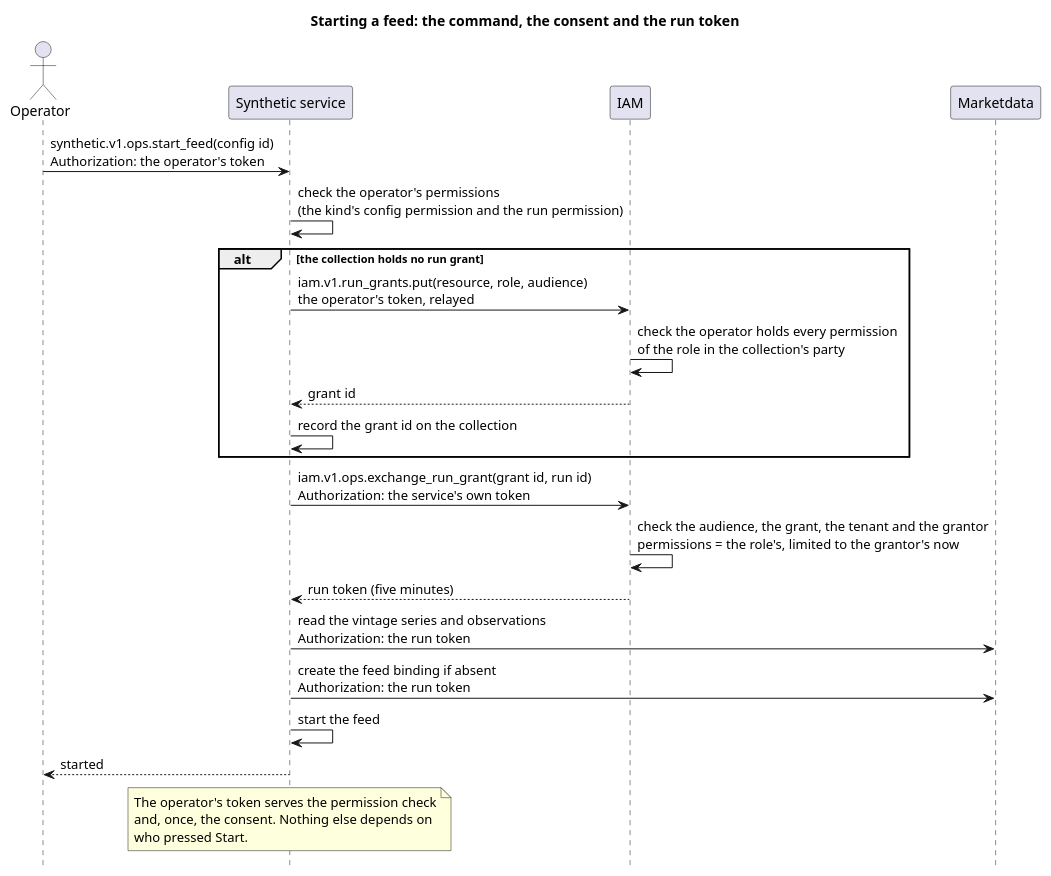
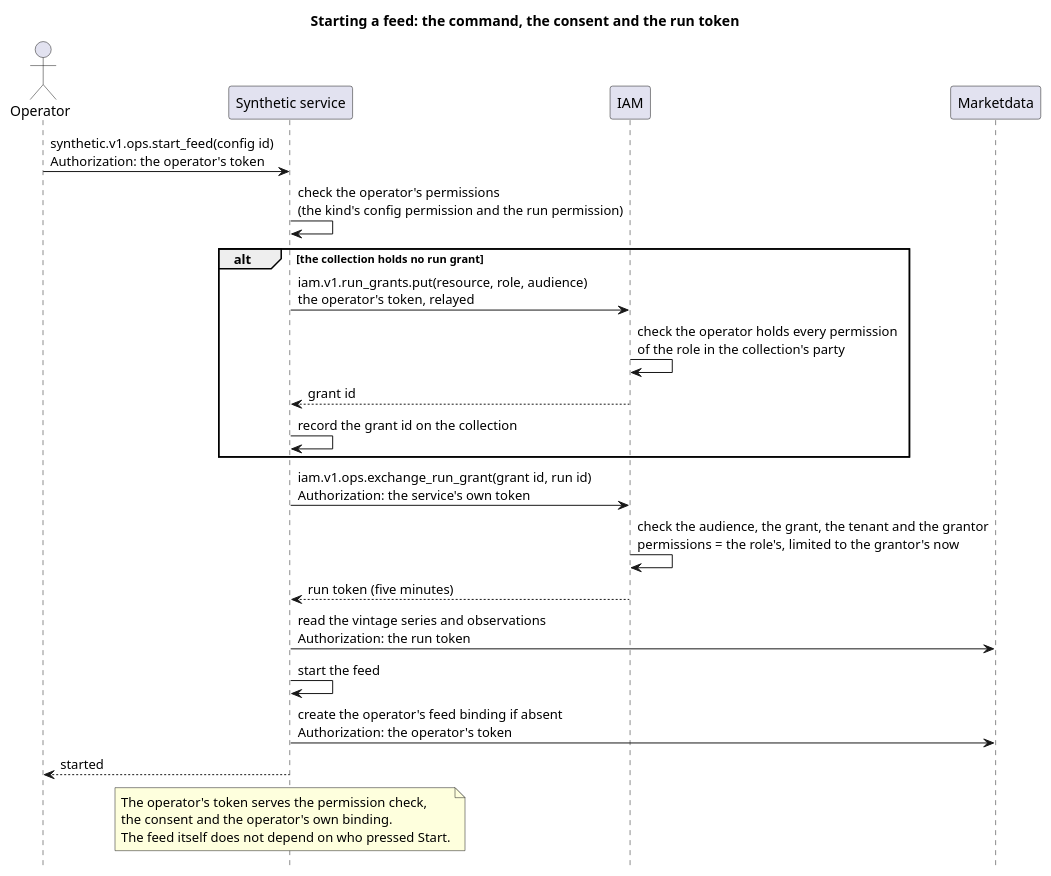
Before and after one commit to OreStudio/OreStudio: the diagram in doc/knowledge/architecture/feed_start_sequence.puml, drawn with PlantUML. The commit also changed 11 other files, not shown here.

First line of the commit message:
[doc] Keep the feed binding the caller's subscription

```diff
--- a/doc/knowledge/architecture/feed_start_sequence.puml
+++ b/doc/knowledge/architecture/feed_start_sequence.puml
@@ -18,39 +18,39 @@
 @startuml
 
 title Starting a feed: the command, the consent and the run token
 
 hide footbox
 skinparam sequenceMessageAlign left
 
 actor "Operator" as op
 participant "Synthetic service" as syn
 participant "IAM" as iam
 participant "Marketdata" as md
 
 op -> syn : synthetic.v1.ops.start_feed(config id)\nAuthorization: the operator's token
 syn -> syn : check the operator's permissions\n(the kind's config permission and the run permission)
 
 alt the collection holds no run grant
     syn -> iam : iam.v1.run_grants.put(resource, role, audience)\nthe operator's token, relayed
     iam -> iam : check the operator holds every permission\nof the role in the collection's party
     iam --> syn : grant id
     syn -> syn : record the grant id on the collection
 end
 
 syn -> iam : iam.v1.ops.exchange_run_grant(grant id, run id)\nAuthorization: the service's own token
 iam -> iam : check the audience, the grant, the tenant and the grantor\npermissions = the role's, limited to the grantor's now
 iam --> syn : run token (five minutes)
 
 syn -> md : read the vintage series and observations\nAuthorization: the run token
-syn -> md : create the feed binding if absent\nAuthorization: the run token
 syn -> syn : start the feed
+syn -> md : create the operator's feed binding if absent\nAuthorization: the operator's token
 
 syn --> op : started
 
 note over syn
-    The operator's token serves the permission check
-    and, once, the consent. Nothing else depends on
-    who pressed Start.
+    The operator's token serves the permission check,
+    the consent and the operator's own binding.
+    The feed itself does not depend on who pressed Start.
 end note
 
 @enduml
```
